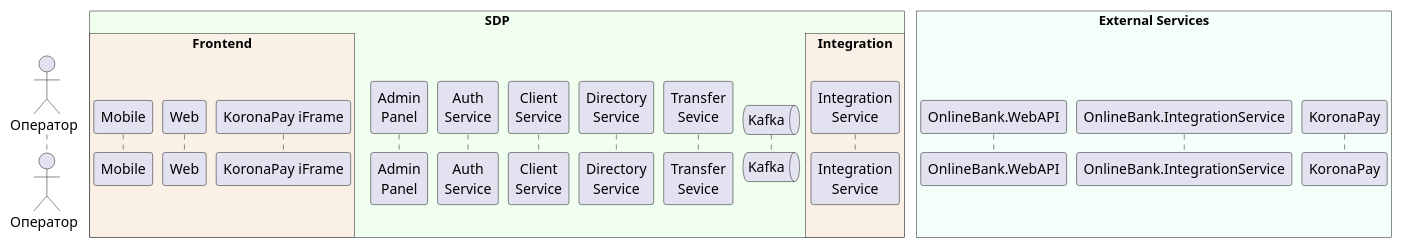
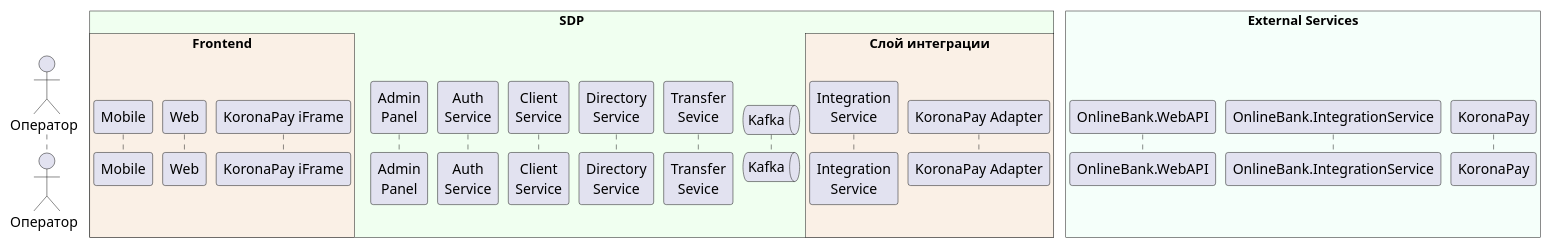
The diagram in sdp_participants.puml (MIBtester/plantuml-styles), drawn with PlantUML before and after one commit.

Commit message:
Update participant order in sdp_participants.puml

```diff
--- a/sdp_participants.puml
+++ b/sdp_participants.puml
@@ -1,35 +1,36 @@
 @startuml
 !pragma teoz true
 
 actor Оператор as User order 10
 
 box "SDP" #HoneyDew
 
         box "Frontend" #Linen
             participant "Mobile" as Mobile order 20
             participant "Web" as Web order 25
             participant "KoronaPay iFrame" as ZK order 30
         end box
 
     participant "Admin\nPanel" as Admin order 40
     participant "Auth\nService" as Auth order 50
     participant "Client\nService" as Client order 60
     participant "Directory\nService" as Directory order 70
     participant "Transfer\nSevice" as Core order 80
     queue "Kafka" as Kafka order 90
 
-      box "Integration" #Linen
+      box "Слой интеграции" #Linen
         participant "Integration\nService" as Integration order 100
+        participant "KoronaPay Adapter" as ZKadapter order 101
       end box
 
 end box
 
 box "External Services" #MintCream
 
-    participant "OnlineBank.WebAPI" as OBWA order 110
-    participant "OnlineBank.IntegrationService" as OBIS order 120
-    participant "KoronaPay" as korona order 150
+    participant "OnlineBank.WebAPI" as OBWA order 200
+    participant "OnlineBank.IntegrationService" as OBIS order 210
+    participant "KoronaPay" as korona order 220
 
 end box
 
 @enduml
```
